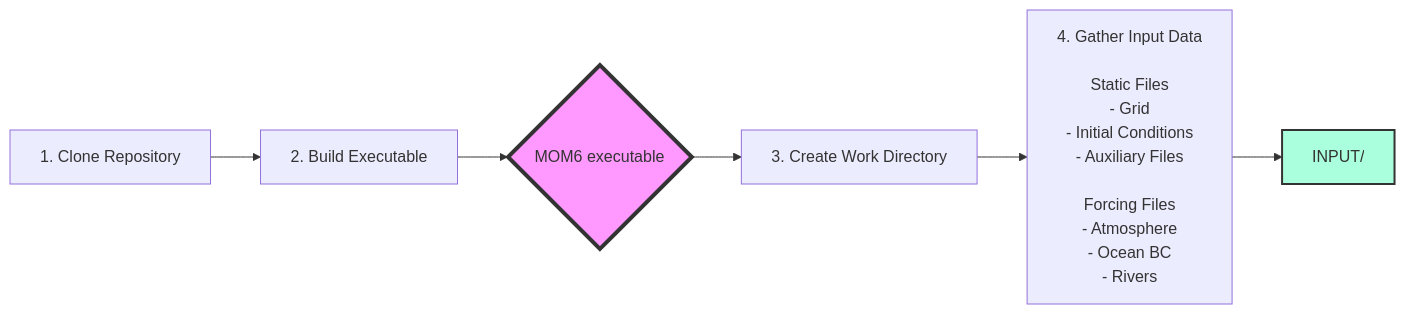
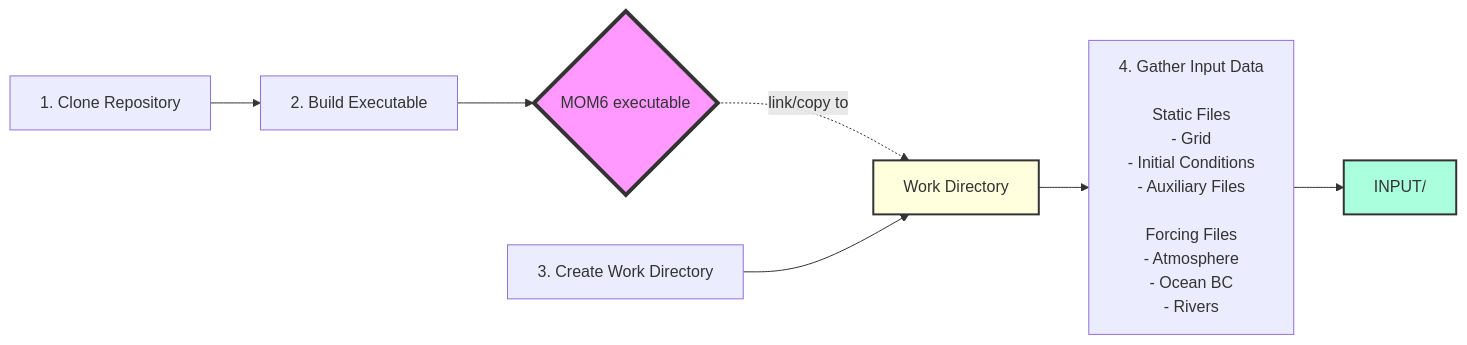
Before and after one commit to dksasaki/MOM6_COBALT_NEUS25: the first of 2 diagrams in README2.md, drawn with Mermaid.

Commit message:
minor changes

````diff
--- a/README2.md
+++ b/README2.md
@@ -19,13 +19,16 @@
 ```mermaid
 flowchart LR
     A[1. Clone Repository] --> B[2. Build Executable]
     B --> C{MOM6 executable}
-    C --> D[3. Create Work Directory]
     
-    D --> E[4. Gather Input Data <br/> <br/>Static Files<br/>- Grid<br/>- Initial Conditions<br/>- Auxiliary Files <br/> <br/>Forcing Files<br/>- Atmosphere<br/>- Ocean BC<br/>- Rivers]
-
-    E --> H[INPUT/]
+    D[3. Create Work Directory]
+    C -.-> |link/copy to| E[Work Directory]
+    D --> E
+    
+    E --> F[4. Gather Input Data <br/> <br/>Static Files<br/>- Grid<br/>- Initial Conditions<br/>- Auxiliary Files <br/> <br/>Forcing Files<br/>- Atmosphere<br/>- Ocean BC<br/>- Rivers]
+    F --> H[INPUT/]
     
     style C fill:#f9f,stroke:#333,stroke-width:4px
     style H fill:#afd,stroke:#333,stroke-width:2px
+    style E fill:#ffd,stroke:#333,stroke-width:2px
 ```
````
